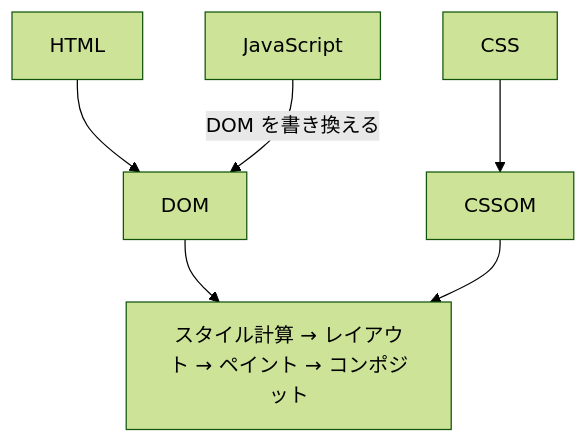
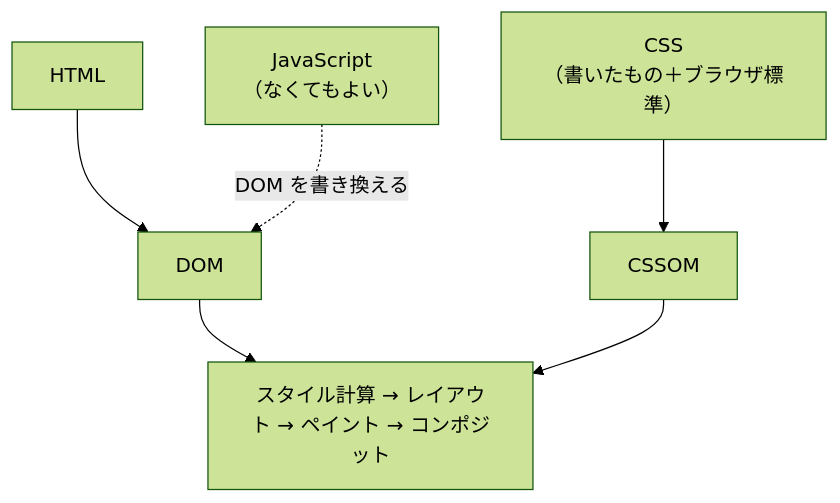
One commit to Tora29/my-portfolio changed the third of 3 diagrams in articles/how-browser-renders-html.md. Above: the diagram before and after it, drawn with Mermaid (forest theme). The commit also changed other lines of this file, not shown here.

Commit message:
docs(notes): HTML 編の、CSS がなくても描画される理由の説明を修正 (#93)

````diff
--- a/articles/how-browser-renders-html.md
+++ b/articles/how-browser-renders-html.md
@@ -224,8 +226,8 @@
 ```mermaid
 flowchart TD
   A["HTML"] --> B["DOM"]
-  C["CSS"] --> D["CSSOM"]
+  C["CSS<br>（書いたもの＋ブラウザ標準）"] --> D["CSSOM"]
   B --> E["スタイル計算 → レイアウト → ペイント → コンポジット"]
   D --> E
-  F["JavaScript"] -->|"DOM を書き換える"| B
+  F["JavaScript<br>（なくてもよい）"] -.->|"DOM を書き換える"| B
 ```
````
